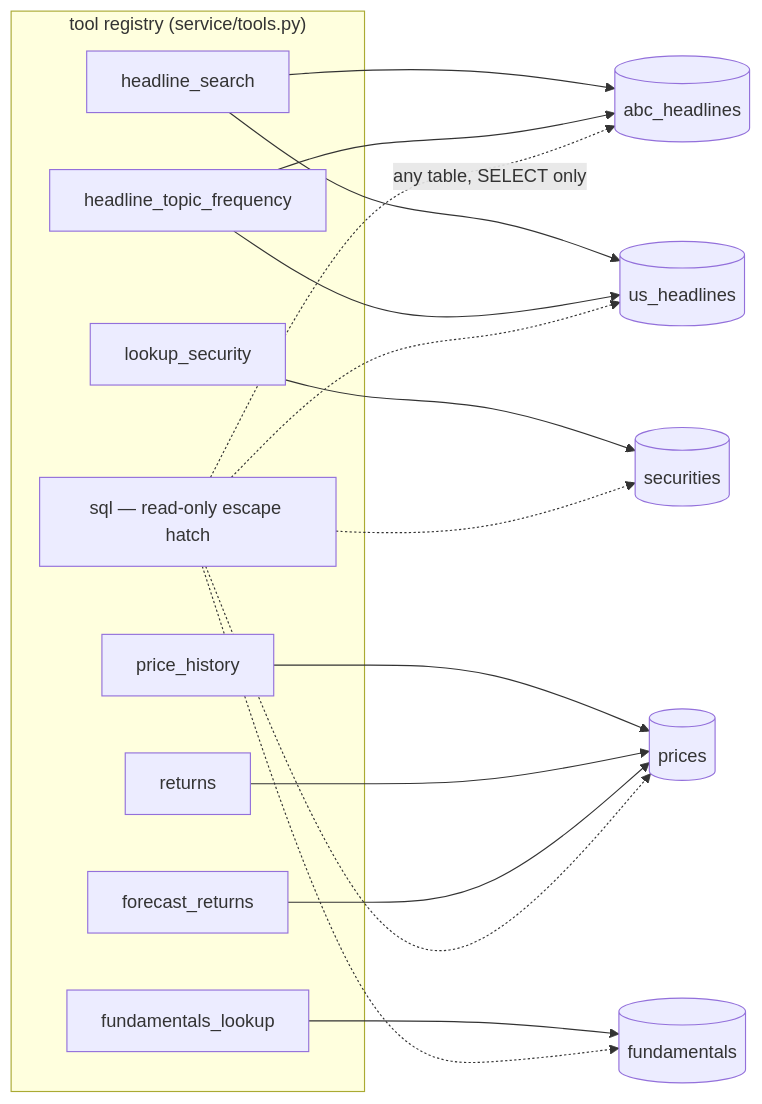
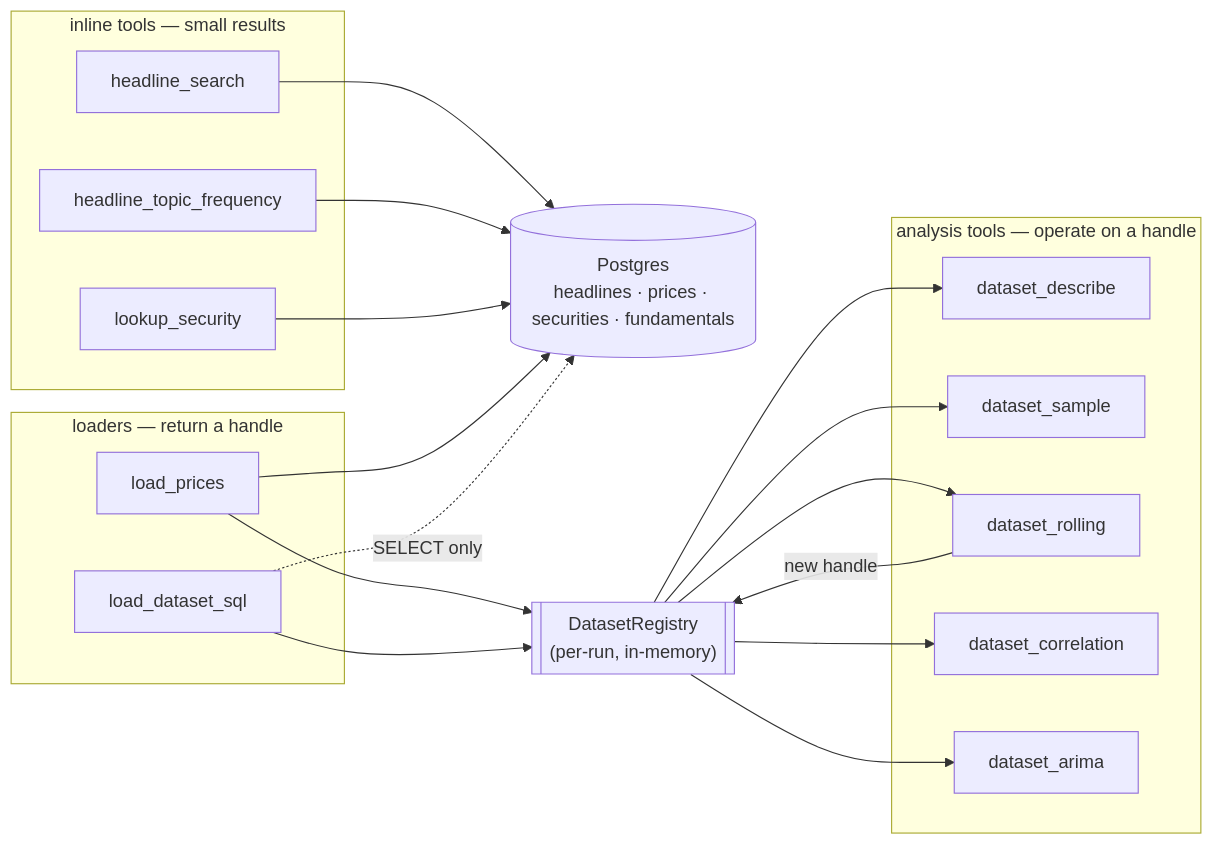
The fourth of 5 diagrams in ARCHITECTURE.md (11oyduhh/StockNewsAgent), drawn with Mermaid before and after one commit. The commit also changed other lines of this file and 8 other files, not shown here.

````diff
--- a/ARCHITECTURE.md
+++ b/ARCHITECTURE.md
@@ -116,34 +120,36 @@
 ```mermaid
 graph LR
-    subgraph TOOLS["tool registry (service/tools.py)"]
-        T1["headline_search"]
-        T2["headline_topic_frequency"]
-        T3["lookup_security"]
-        T4["price_history"]
-        T5["returns"]
-        T6["forecast_returns"]
-        T7["fundamentals_lookup"]
-        T8["sql — read-only escape hatch"]
+    subgraph INLINE["inline tools — small results"]
+        I1["headline_search"]
+        I2["headline_topic_frequency"]
+        I3["lookup_security"]
+    end
+    subgraph LOADERS["loaders — return a handle"]
+        L1["load_prices"]
+        L2["load_dataset_sql"]
+    end
+    subgraph ANALYSIS["analysis tools — operate on a handle"]
+        A1["dataset_describe"]
+        A2["dataset_sample"]
+        A3["dataset_rolling"]
+        A4["dataset_correlation"]
+        A5["dataset_arima"]
     end
 
-    ABC[("abc_headlines")]
-    US[("us_headlines")]
-    SEC[("securities")]
-    PR[("prices")]
-    FUN[("fundamentals")]
+    DB[("Postgres<br/>headlines · prices · securities · fundamentals")]
+    REG[["DatasetRegistry<br/>(per-run, in-memory)"]]
 
-    T1 --> ABC
-    T1 --> US
-    T2 --> ABC
-    T2 --> US
-    T3 --> SEC
-    T4 --> PR
-    T5 --> PR
-    T6 --> PR
-    T7 --> FUN
-    T8 -.->|"any table, SELECT only"| ABC
-    T8 -.-> US
-    T8 -.-> SEC
-    T8 -.-> PR
-    T8 -.-> FUN
+    I1 --> DB
+    I2 --> DB
+    I3 --> DB
+    L1 --> DB
+    L2 -.->|"SELECT only"| DB
+    L1 --> REG
+    L2 --> REG
+    REG --> A1
+    REG --> A2
+    REG --> A3
+    REG --> A4
+    REG --> A5
+    A3 -->|"new handle"| REG
 ```
````
